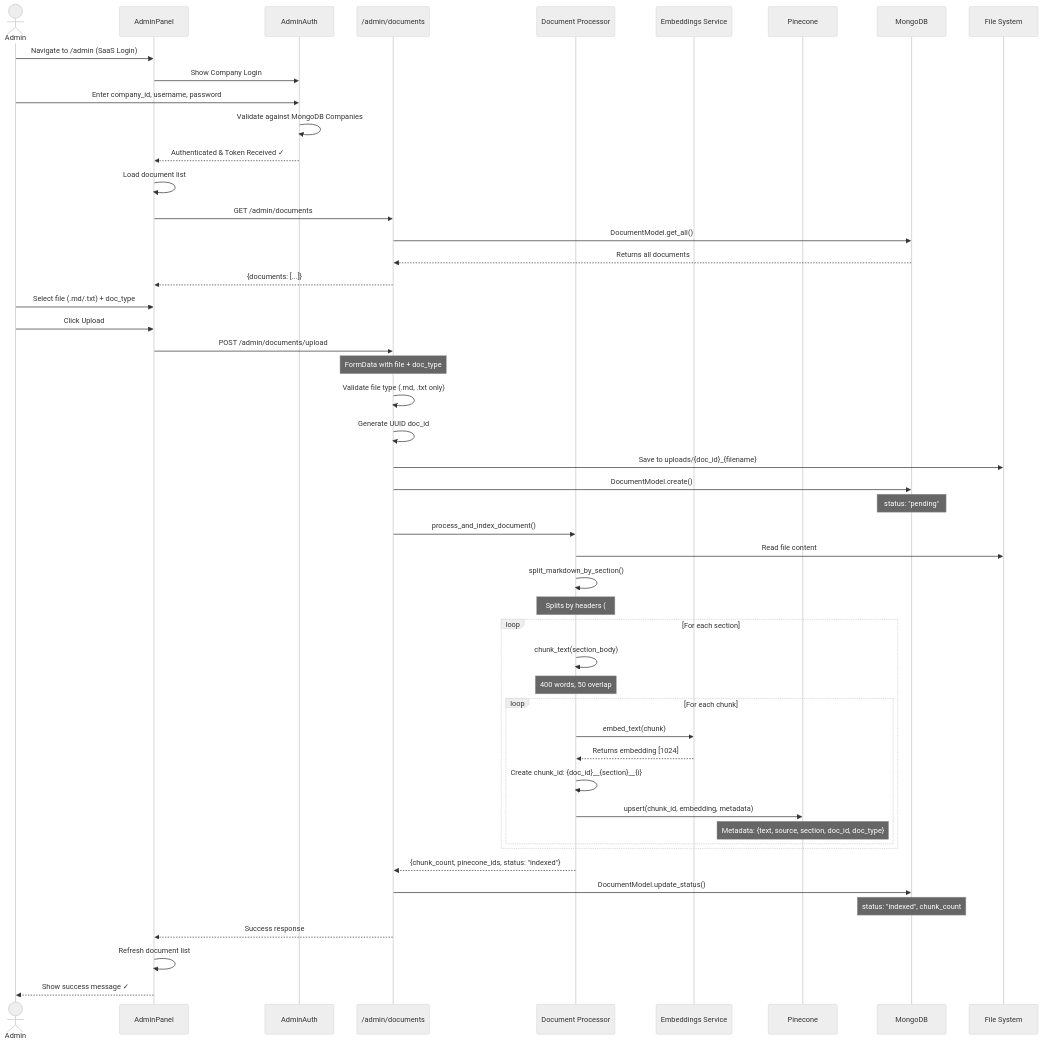
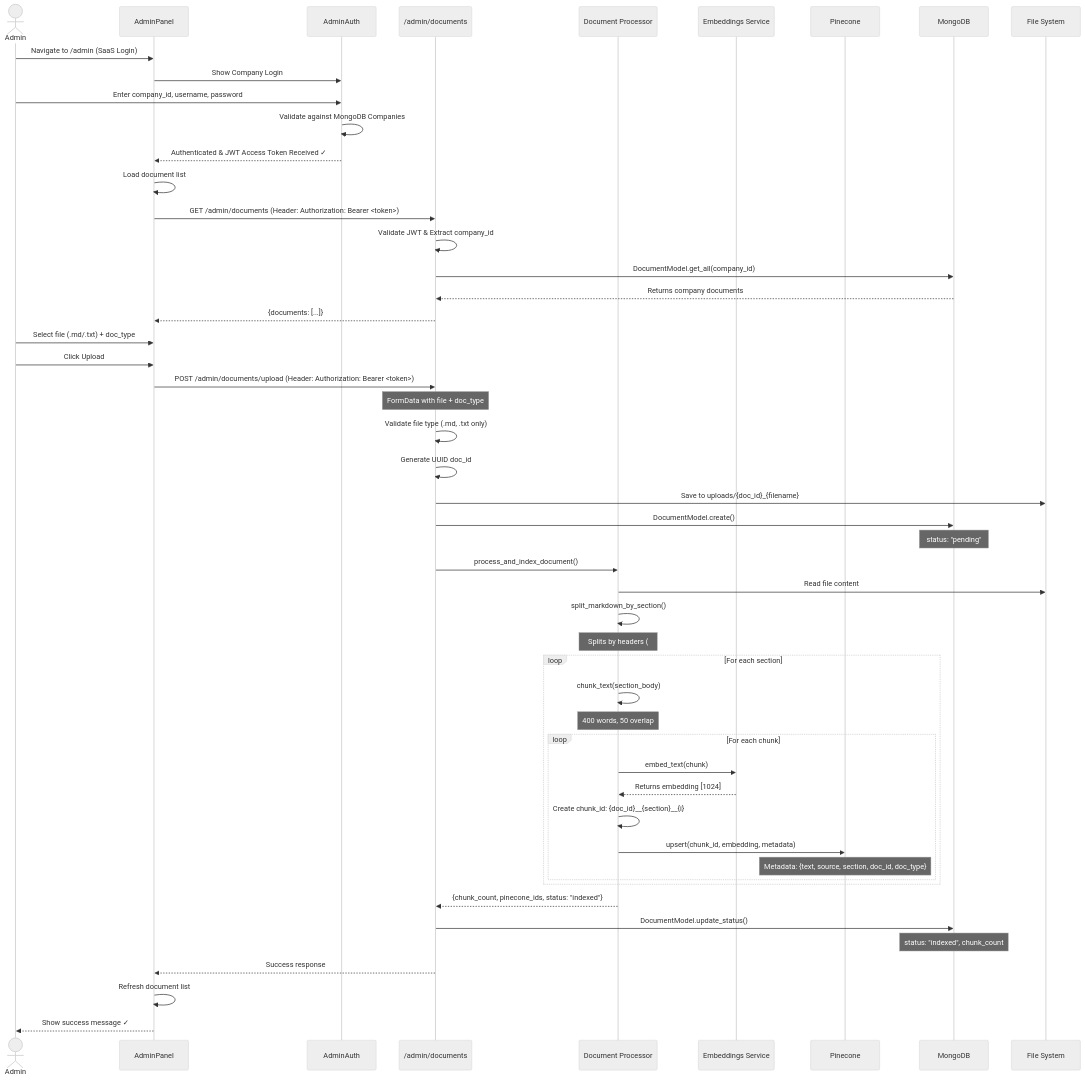
Before and after one commit to ShantanuV2709/CORPWISE: the third of 18 diagrams in project_workflow.md, drawn with Mermaid (neutral theme). The commit also changed other lines of this file and 64 other files, not shown here.

````diff
--- a/project_workflow.md
+++ b/project_workflow.md
@@ -161,67 +161,68 @@
 ```mermaid
 sequenceDiagram
     actor Admin
     participant UI as AdminPanel
     participant Auth as AdminAuth
     participant API as /admin/documents
     participant Proc as Document Processor
     participant Embed as Embeddings Service
     participant Pine as Pinecone
     participant Mongo as MongoDB
     participant Disk as File System
     
     Admin->>UI: Navigate to /admin (SaaS Login)
     UI->>Auth: Show Company Login
     Admin->>Auth: Enter company_id, username, password
     Auth->>Auth: Validate against MongoDB Companies
-    Auth-->>UI: Authenticated & Token Received ✓
+    Auth-->>UI: Authenticated & JWT Access Token Received ✓
     
     UI->>UI: Load document list
-    UI->>API: GET /admin/documents
-    API->>Mongo: DocumentModel.get_all()
-    Mongo-->>API: Returns all documents
+    UI->>API: GET /admin/documents (Header: Authorization: Bearer <token>)
+    API->>API: Validate JWT & Extract company_id
+    API->>Mongo: DocumentModel.get_all(company_id)
+    Mongo-->>API: Returns company documents
     API-->>UI: {documents: [...]}
     
     Admin->>UI: Select file (.md/.txt) + doc_type
     Admin->>UI: Click Upload
     
-    UI->>API: POST /admin/documents/upload
+    UI->>API: POST /admin/documents/upload (Header: Authorization: Bearer <token>)
     Note over API: FormData with file + doc_type
     
     API->>API: Validate file type (.md, .txt only)
     API->>API: Generate UUID doc_id
     API->>Disk: Save to uploads/{doc_id}_{filename}
     
     API->>Mongo: DocumentModel.create()
     Note over Mongo: status: "pending"
     
     API->>Proc: process_and_index_document()
     
     Proc->>Disk: Read file content
     Proc->>Proc: split_markdown_by_section()
     Note over Proc: Splits by headers (#, ##, etc.)
     
     loop For each section
         Proc->>Proc: chunk_text(section_body)
         Note over Proc: 400 words, 50 overlap
         
         loop For each chunk
             Proc->>Embed: embed_text(chunk)
             Embed-->>Proc: Returns embedding [1024]
             
             Proc->>Proc: Create chunk_id: {doc_id}__{section}__{i}
             
             Proc->>Pine: upsert(chunk_id, embedding, metadata)
             Note over Pine: Metadata: {text, source, section, doc_id, doc_type}
         end
     end
     
     Proc-->>API: {chunk_count, pinecone_ids, status: "indexed"}
     
     API->>Mongo: DocumentModel.update_status()
     Note over Mongo: status: "indexed", chunk_count
     
     API-->>UI: Success response
     UI->>UI: Refresh document list
     UI-->>Admin: Show success message ✓
 ```
````
